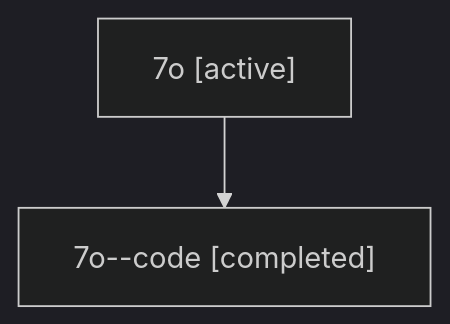
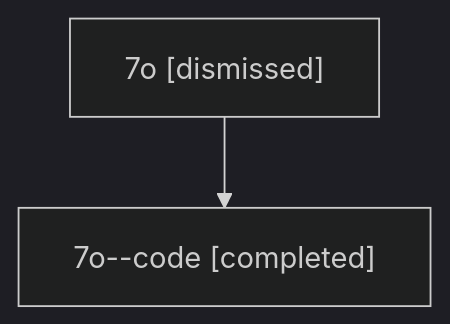
Before and after one commit to sase-org/sase--agents: the diagram in sessions/bbugyi200.athena.7o.md, drawn with Mermaid (dark theme). The commit also changed other lines of this file and 31 other files, not shown here.

````diff
--- a/sessions/bbugyi200.athena.7o.md
+++ b/sessions/bbugyi200.athena.7o.md
@@ -9,6 +9,6 @@
 ```mermaid
 flowchart TD
-  n0["7o [active]"]
+  n0["7o [dismissed]"]
   n1["7o--code [completed]"]
   n0 --> n1
 ```
````
